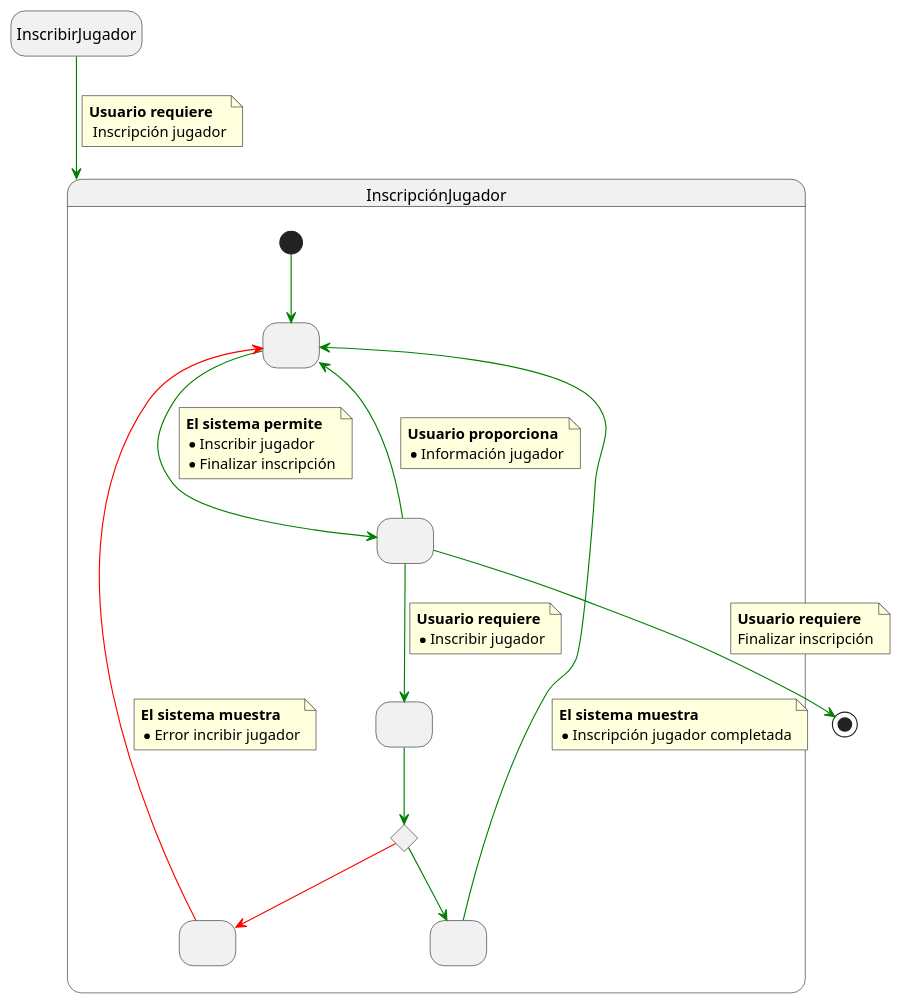
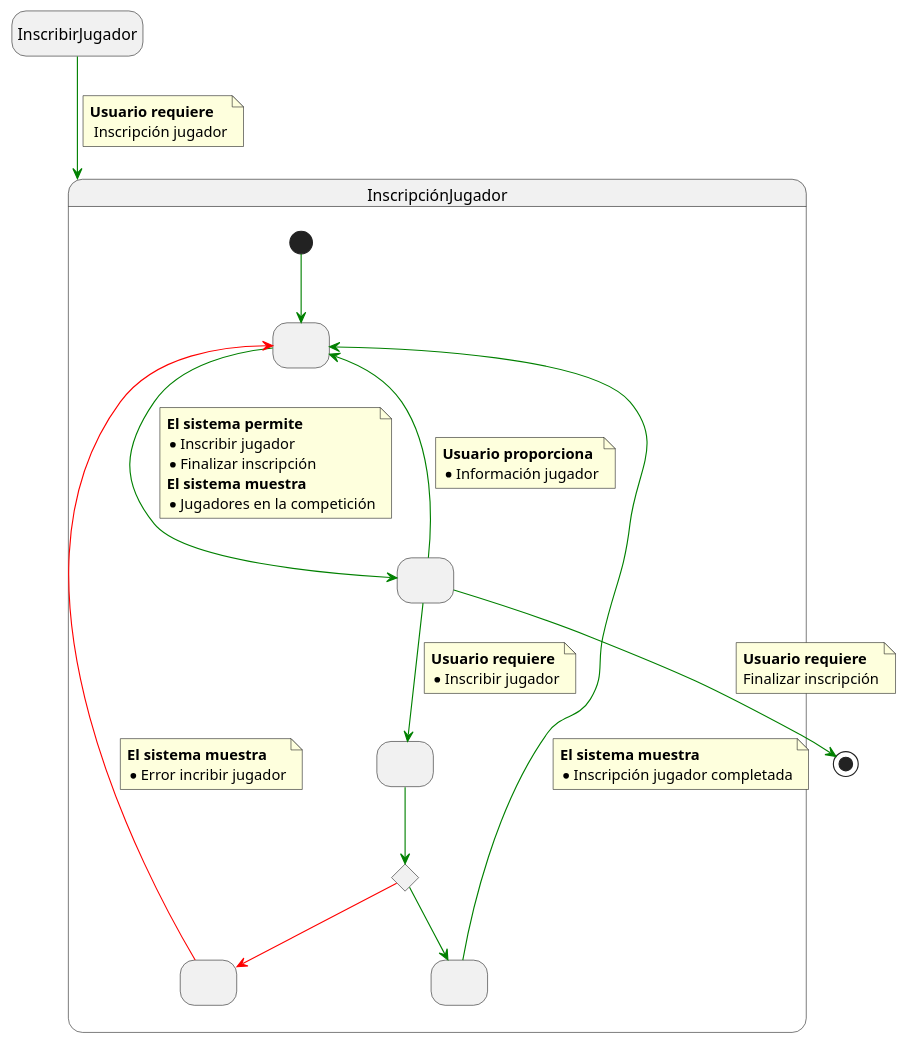
The diagram in actividades/002-appFutbol/RuizJavier/CasosDeUsoDetallados/Códigos/InscribirJugador.puml (mmasias/IdSw1-22-23), drawn with PlantUML before and after one commit. The commit also changed other lines of this file, not shown here.

```diff
--- a/actividades/002-appFutbol/RuizJavier/CasosDeUsoDetallados/Códigos/InscribirJugador.puml
+++ b/actividades/002-appFutbol/RuizJavier/CasosDeUsoDetallados/Códigos/InscribirJugador.puml
@@ -1,79 +1,81 @@
 @startuml 
 
 hide empty description
 
 State InscribirJugador
 
 State InscripciónJugador{ 
 
   State state1 as " "
   State state2 as " "
   State state3 as " "
   State state4 as " "
   State state5 as " "
 
 
   state c <<choice>>
 
   [*] -[#green]-> state1
 
   state1-[#green]-> state2
 
   note on link 
     <b>El sistema permite
     * Inscribir jugador
     * Finalizar inscripción
+    <b>El sistema muestra
+    * Jugadores en la competición
   end note
 
   state2 -[#green]-> state1
  
   note on link 
     <b>Usuario proporciona
     * Información jugador
   end note
 
   state2 -[#green]-> state3
   
   note on link 
     <b>Usuario requiere
     * Inscribir jugador
   end note
 
   state3 -[#green]-> c
 
   c -[#green]-> state4
 
   state4 -[#green]-> state1
   
   note on link 
     <b>El sistema muestra
     * Inscripción jugador completada
   end note
 
   c-[#red]-> state5
 
   state5 -l[#red]-> state1
 
   note on link 
     <b>El sistema muestra
     * Error incribir jugador
   end note
 
 
 } 
 
 InscribirJugador-[#green]-> InscripciónJugador
 
 note on link
  <b>Usuario requiere
   Inscripción jugador
 end note
 
 state2 -[#green]-> [*] 
 
 note on link
  <b>Usuario requiere
  Finalizar inscripción
 end note
 
 @enduml
```
